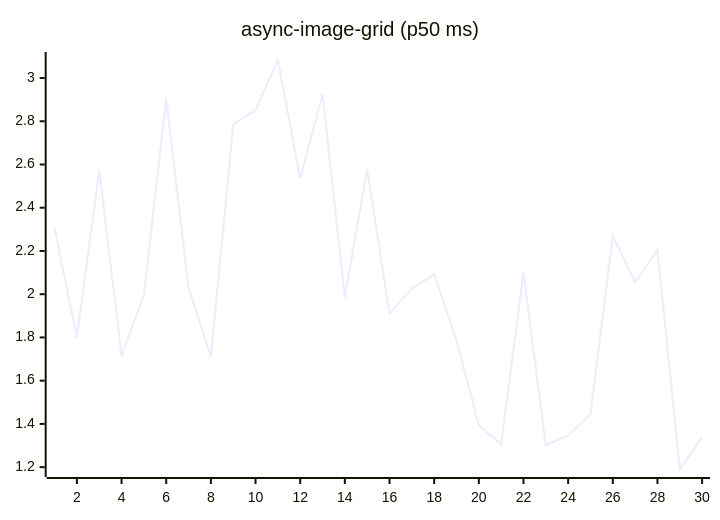
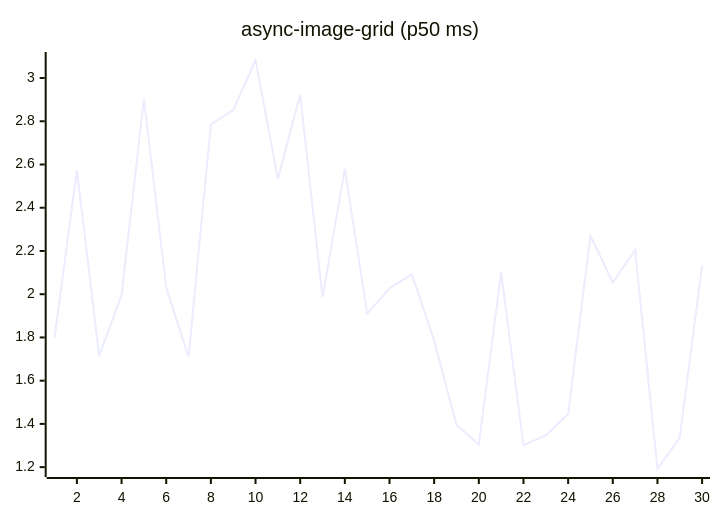
The fifth of 27 diagrams in README.md (josha/Facet), drawn with Mermaid before and after one commit. The commit also changed other lines of this file and 2 other files, not shown here.

````diff
--- a/README.md
+++ b/README.md
@@ -91,6 +91,6 @@
 ```mermaid
 xychart-beta
     title "async-image-grid (p50 ms)"
     x-axis 1 --> 30
-    line [2.3060, 1.7979, 2.5726, 1.7163, 1.9964, 2.9032, 2.0307, 1.7099, 2.7848, 2.8523, 3.0834, 2.5349, 2.9237, 1.9862, 2.5787, 1.9102, 2.0270, 2.0924, 1.7862, 1.3954, 1.3043, 2.1007, 1.3011, 1.3467, 1.4457, 2.2705, 2.0555, 2.2044, 1.1914, 1.3367]
+    line [1.7979, 2.5726, 1.7163, 1.9964, 2.9032, 2.0307, 1.7099, 2.7848, 2.8523, 3.0834, 2.5349, 2.9237, 1.9862, 2.5787, 1.9102, 2.0270, 2.0924, 1.7862, 1.3954, 1.3043, 2.1007, 1.3011, 1.3467, 1.4457, 2.2705, 2.0555, 2.2044, 1.1914, 1.3367, 2.1339]
 ```
````
